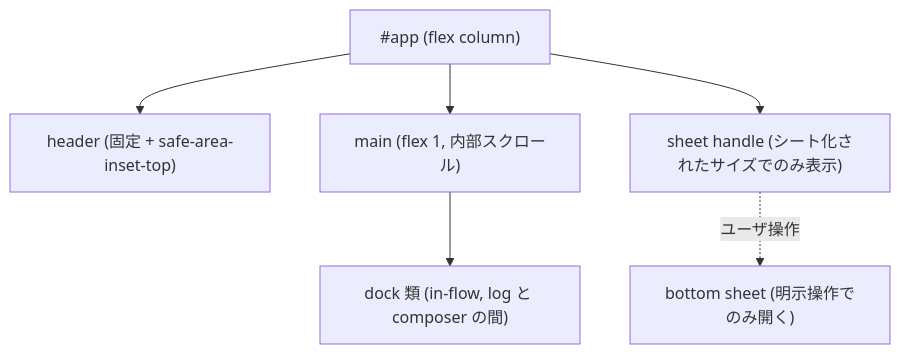
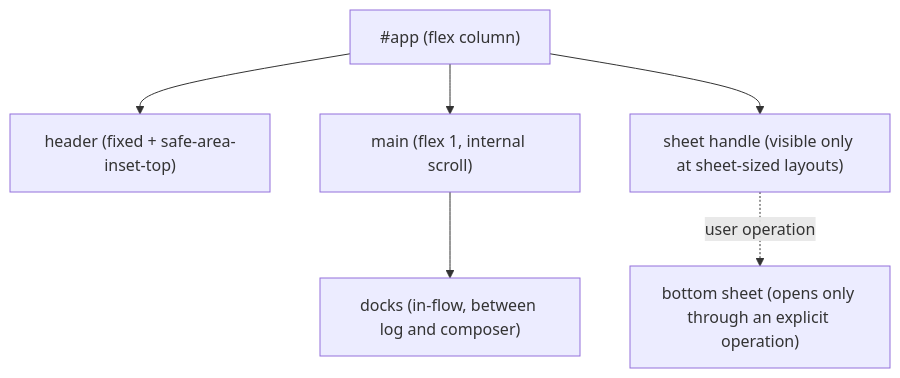
Before and after one commit to sakuraiyuta/kaoiro: the diagram in docs/specs/responsive-layout.md, drawn with Mermaid. The commit also changed other lines of this file, not shown here.

````diff
--- a/docs/specs/responsive-layout.md
+++ b/docs/specs/responsive-layout.md
@@ -113,15 +117,15 @@
 ```mermaid
 flowchart TB
   root["#app (flex column)"]
-  header["header (固定 + safe-area-inset-top)"]
-  main["main (flex 1, 内部スクロール)"]
-  dock["dock 類 (in-flow, log と composer の間)"]
-  handle["sheet handle (シート化されたサイズでのみ表示)"]
-  sheet["bottom sheet (明示操作でのみ開く)"]
+  header["header (fixed + safe-area-inset-top)"]
+  main["main (flex 1, internal scroll)"]
+  dock["docks (in-flow, between log and composer)"]
+  handle["sheet handle (visible only at sheet-sized layouts)"]
+  sheet["bottom sheet (opens only through an explicit operation)"]
 
   root --> header
   root --> main
   main --> dock
   root --> handle
-  handle -. ユーザ操作 .-> sheet
+  handle -. user operation .-> sheet
 ```
````
